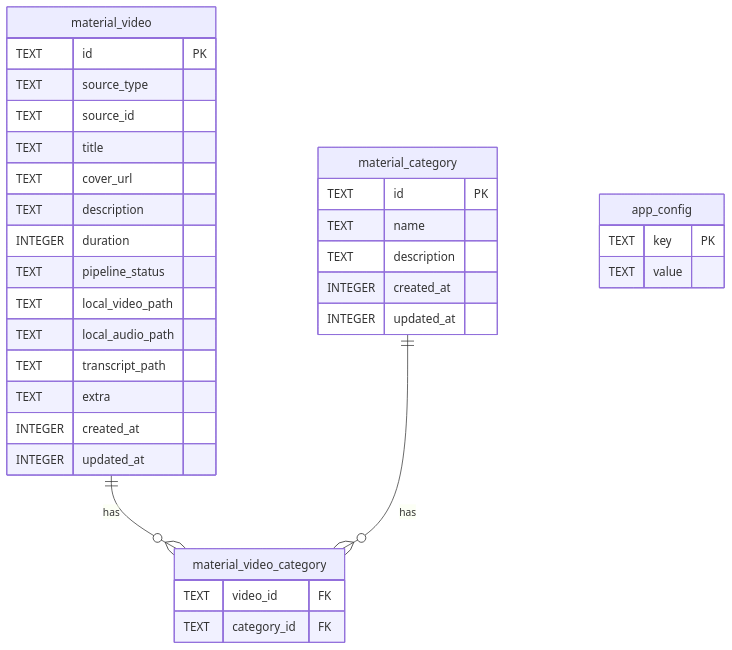
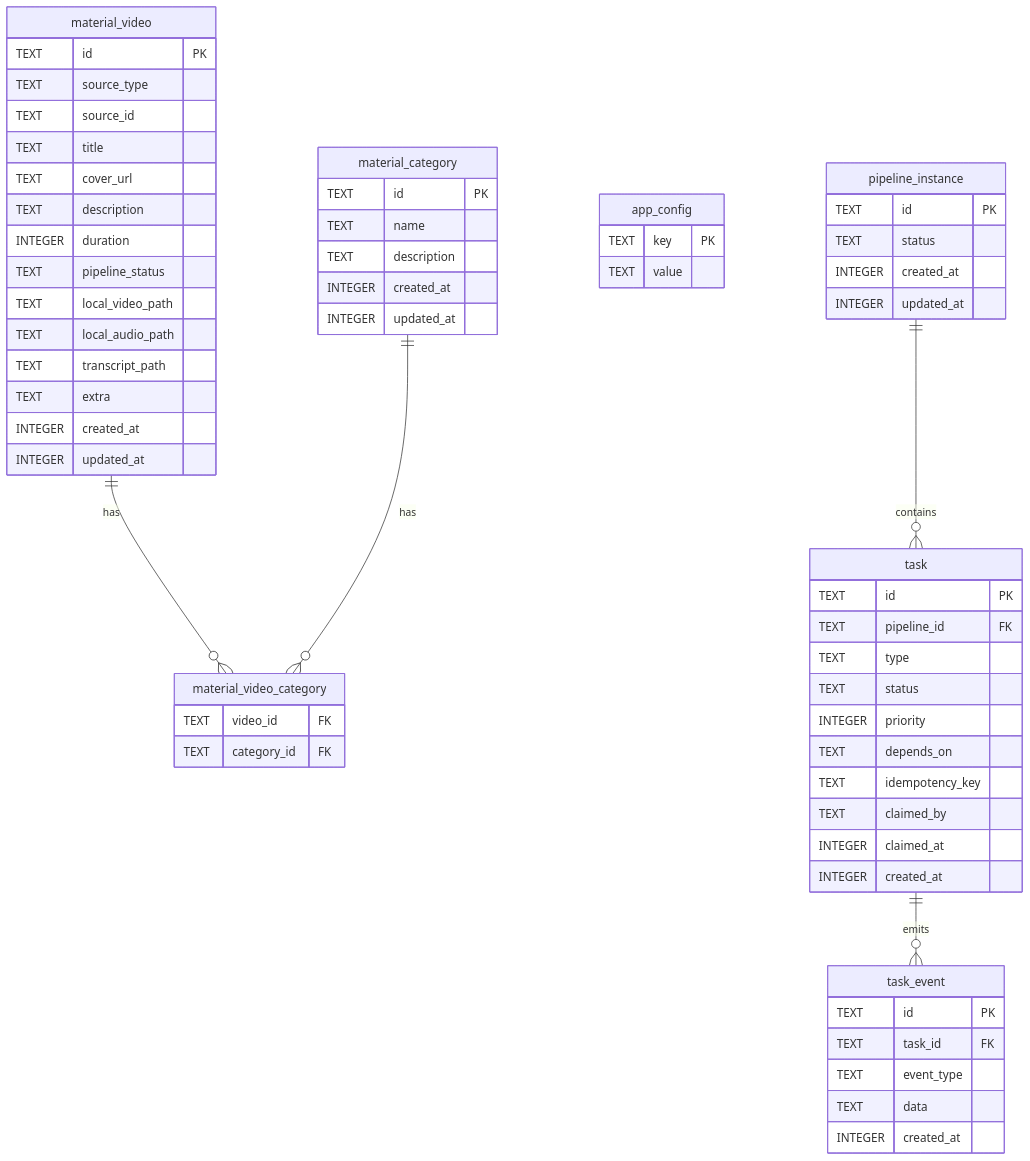
One commit to project-fredica/fredica changed the second of 2 diagrams in docs/dev/architecture.md. Above: the diagram before and after it, drawn with Mermaid. The commit also changed other lines of this file and 5 other files, not shown here.

````diff
--- a/docs/dev/architecture.md
+++ b/docs/dev/architecture.md
@@ -114,40 +168,70 @@
 ```mermaid
 erDiagram
     material_video {
         TEXT id PK
         TEXT source_type
         TEXT source_id
         TEXT title
         TEXT cover_url
         TEXT description
         INTEGER duration
         TEXT pipeline_status
         TEXT local_video_path
         TEXT local_audio_path
         TEXT transcript_path
         TEXT extra
         INTEGER created_at
         INTEGER updated_at
     }
 
     material_category {
         TEXT id PK
         TEXT name
         TEXT description
         INTEGER created_at
         INTEGER updated_at
     }
 
     material_video_category {
         TEXT video_id FK
         TEXT category_id FK
     }
 
     app_config {
         TEXT key PK
         TEXT value
     }
 
+    pipeline_instance {
+        TEXT id PK
+        TEXT status
+        INTEGER created_at
+        INTEGER updated_at
+    }
+
+    task {
+        TEXT id PK
+        TEXT pipeline_id FK
+        TEXT type
+        TEXT status
+        INTEGER priority
+        TEXT depends_on
+        TEXT idempotency_key
+        TEXT claimed_by
+        INTEGER claimed_at
+        INTEGER created_at
+    }
+
+    task_event {
+        TEXT id PK
+        TEXT task_id FK
+        TEXT event_type
+        TEXT data
+        INTEGER created_at
+    }
+
     material_video ||--o{ material_video_category : "has"
     material_category ||--o{ material_video_category : "has"
+    pipeline_instance ||--o{ task : "contains"
+    task ||--o{ task_event : "emits"
 ```
````
